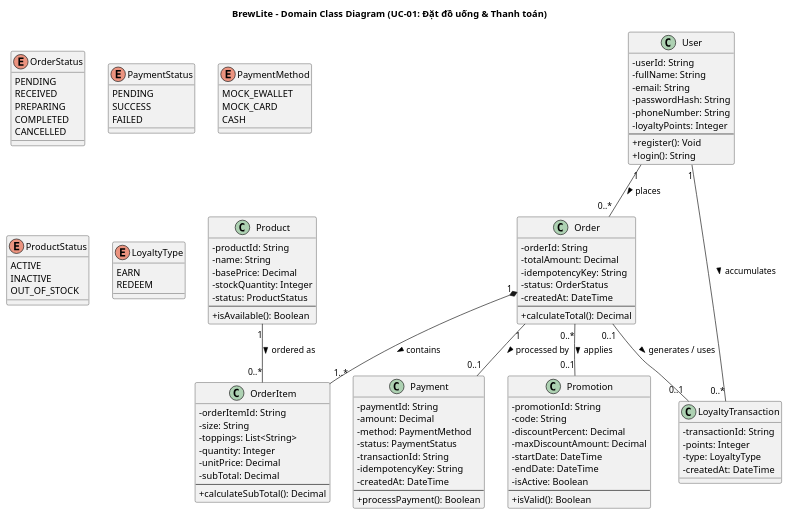
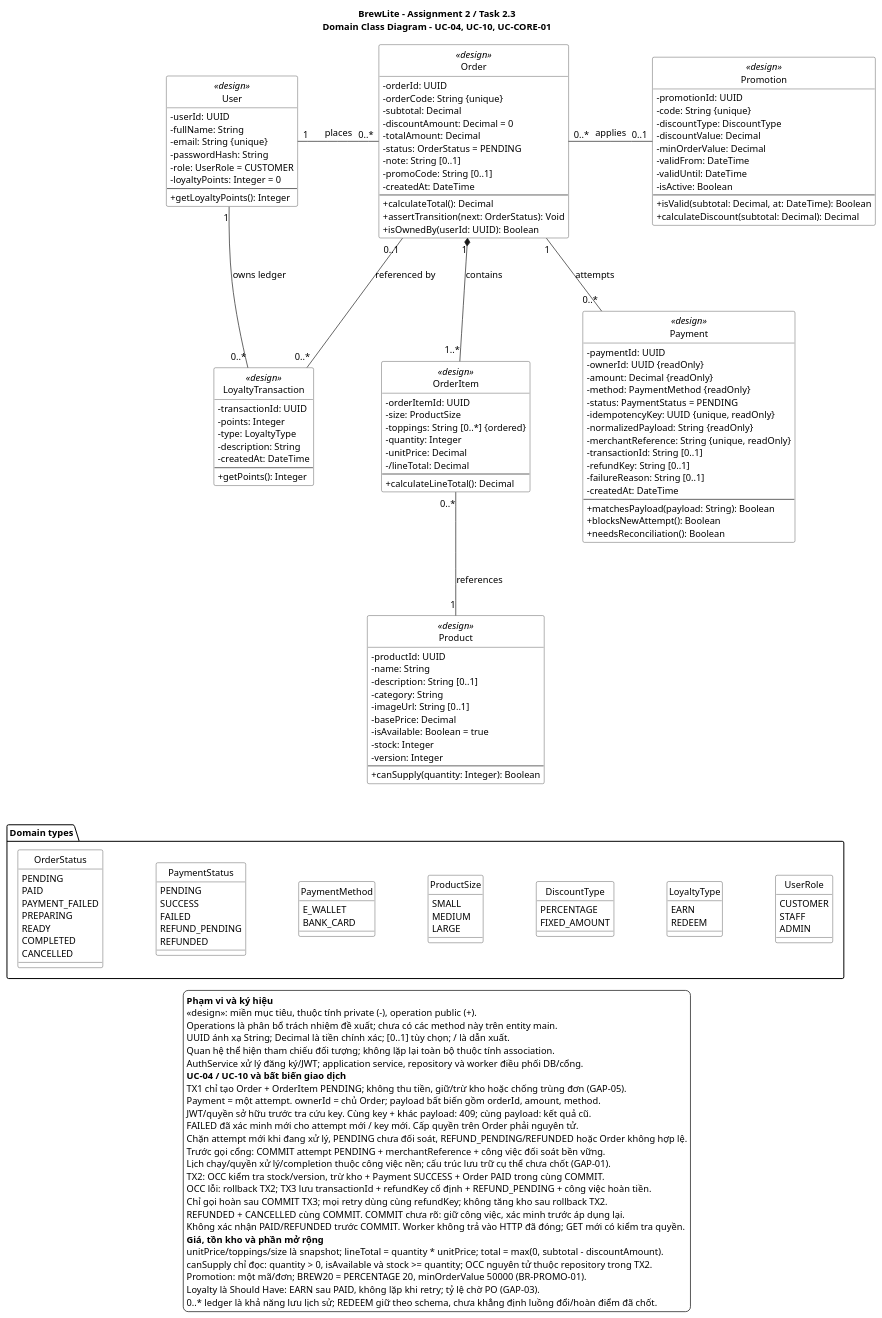
One commit to vohuunghiaah/brewlite changed the diagram in docs/diagram/ClassDiagram.puml. Above: the diagram before and after it, drawn with PlantUML. The commit also changed 1 other file, not shown here.

Commit message:
docs: align Task 2.3 domain classes with order and payment design

```diff
--- a/docs/diagram/ClassDiagram.puml
+++ b/docs/diagram/ClassDiagram.puml
@@ -1,126 +1,208 @@
 @startuml
-title BrewLite - Domain Class Diagram (UC-01: Đặt đồ uống & Thanh toán)
+' Assignment 2 Task 2.3. Domain target, not an ORM implementation diagram.
+' Sources: SRS 1.4.0 FR-01..12, BR-PROMO-01, GAP-01..05;
+' use-case-place-order.md 2.2..2.4, BR-REFUND-OCC, 4.1;
+' use-cases.md 3.1, 4.1; accepted Activity/Sequence UC-04, UC-10, Unified.
+' Data reference: feature/sprint2-full-flow @ 588e3362, prisma/schema.prisma.
+' Main @ eeb51b13 has partial Product/Order/OrderItem with public fields.
+' All methods are PROPOSED allocations of specified behavior, not existing signatures.
+title BrewLite - Assignment 2 / Task 2.3\nDomain Class Diagram - UC-04, UC-10, UC-CORE-01
+skinparam defaultFontName Arial
+skinparam defaultFontSize 14
+skinparam classAttributeIconSize 0
+skinparam backgroundColor white
+skinparam monochrome true
+skinparam shadowing false
+skinparam classBackgroundColor white
+skinparam packageBackgroundColor white
+skinparam noteBackgroundColor white
+skinparam nodesep 80
+skinparam ranksep 90
+hide circle
+top to bottom direction
 
-skinparam classAttributeIconSize 0
-skinparam backgroundColor #FFFFFF
-skinparam Shadowing false
-
-' ================= Enumerations =================
-enum OrderStatus {
-  PENDING
-  RECEIVED
-  PREPARING
-  COMPLETED
-  CANCELLED
+class User <<design>> {
+  - userId: UUID
+  - fullName: String
+  - email: String {unique}
+  - passwordHash: String
+  - role: UserRole = CUSTOMER
+  - loyaltyPoints: Integer = 0
+  --
+  + getLoyaltyPoints(): Integer
 }
-
-enum PaymentStatus {
-  PENDING
-  SUCCESS
-  FAILED
-}
-
-enum PaymentMethod {
-  MOCK_EWALLET
-  MOCK_CARD
-  CASH
-}
-
-enum ProductStatus {
-  ACTIVE
-  INACTIVE
-  OUT_OF_STOCK
-}
-
-enum LoyaltyType {
-  EARN
-  REDEEM
-}
-
-' ================= Domain Classes =================
-class User {
-  - userId: String
-  - fullName: String
-  - email: String
-  - passwordHash: String
-  - phoneNumber: String
-  - loyaltyPoints: Integer
-  --
-  + register(): Void
-  + login(): String
-}
-
-class Product {
-  - productId: String
-  - name: String
-  - basePrice: Decimal
-  - stockQuantity: Integer
-  - status: ProductStatus
-  --
-  + isAvailable(): Boolean
-}
-
-class Order {
-  - orderId: String
+class Order <<design>> {
+  - orderId: UUID
+  - orderCode: String {unique}
+  - subtotal: Decimal
+  - discountAmount: Decimal = 0
   - totalAmount: Decimal
-  - idempotencyKey: String
-  - status: OrderStatus
+  - status: OrderStatus = PENDING
+  - note: String [0..1]
+  - promoCode: String [0..1]
   - createdAt: DateTime
   --
   + calculateTotal(): Decimal
+  + assertTransition(next: OrderStatus): Void
+  + isOwnedBy(userId: UUID): Boolean
+}
+class OrderItem <<design>> {
+  - orderItemId: UUID
+  - size: ProductSize
+  - toppings: String [0..*] {ordered}
+  - quantity: Integer
+  - unitPrice: Decimal
+  - /lineTotal: Decimal
+  --
+  + calculateLineTotal(): Decimal
+}
+class Product <<design>> {
+  - productId: UUID
+  - name: String
+  - description: String [0..1]
+  - category: String
+  - imageUrl: String [0..1]
+  - basePrice: Decimal
+  - isAvailable: Boolean = true
+  - stock: Integer
+  - version: Integer
+  --
+  + canSupply(quantity: Integer): Boolean
+}
+class Payment <<design>> {
+  - paymentId: UUID
+  - ownerId: UUID {readOnly}
+  - amount: Decimal {readOnly}
+  - method: PaymentMethod {readOnly}
+  - status: PaymentStatus = PENDING
+  - idempotencyKey: UUID {unique, readOnly}
+  - normalizedPayload: String {readOnly}
+  - merchantReference: String {unique, readOnly}
+  - transactionId: String [0..1]
+  - refundKey: String [0..1]
+  - failureReason: String [0..1]
+  - createdAt: DateTime
+  --
+  + matchesPayload(payload: String): Boolean
+  + blocksNewAttempt(): Boolean
+  + needsReconciliation(): Boolean
+}
+class Promotion <<design>> {
+  - promotionId: UUID
+  - code: String {unique}
+  - discountType: DiscountType
+  - discountValue: Decimal
+  - minOrderValue: Decimal
+  - validFrom: DateTime
+  - validUntil: DateTime
+  - isActive: Boolean
+  --
+  + isValid(subtotal: Decimal, at: DateTime): Boolean
+  + calculateDiscount(subtotal: Decimal): Decimal
+}
+class LoyaltyTransaction <<design>> {
+  - transactionId: UUID
+  - points: Integer
+  - type: LoyaltyType
+  - description: String
+  - createdAt: DateTime
+  --
+  + getPoints(): Integer
 }
 
-class OrderItem {
-  - orderItemId: String
-  - size: String
-  - toppings: List<String>
-  - quantity: Integer
-  - unitPrice: Decimal
-  - subTotal: Decimal
-  --
-  + calculateSubTotal(): Decimal
+' Domain links, not declarations of new database foreign keys.
+' Authenticated UC-04 requires one owner; no guest Order in target.
+User "1" -right- "0..*" Order : places
+Order "1" *-down- "1..*" OrderItem : contains
+OrderItem "0..*" -down- "1" Product : references
+' Failed attempts retained; a confirmed-new attempt has a new key.
+Order "1" -down- "0..*" Payment : attempts
+' One promoCode in the contract; no stacking.
+Order "0..*" -right- "0..1" Promotion : applies
+User "1" -down- "0..*" LoyaltyTransaction : owns ledger
+' Optional orderId + array in Prisma; does not prescribe reward frequency.
+Order "0..1" -down- "0..*" LoyaltyTransaction : referenced by
+
+
+' Hidden edges only control layout.
+LoyaltyTransaction -[hidden]right-> OrderItem
+OrderItem -[hidden]right-> Payment
+
+package "Domain types" {
+  enum OrderStatus {
+    PENDING
+    PAID
+    PAYMENT_FAILED
+    PREPARING
+    READY
+    COMPLETED
+    CANCELLED
+  }
+  enum PaymentStatus {
+    PENDING
+    SUCCESS
+    FAILED
+    REFUND_PENDING
+    REFUNDED
+  }
+  enum PaymentMethod {
+    E_WALLET
+    BANK_CARD
+  }
+  enum ProductSize {
+    SMALL
+    MEDIUM
+    LARGE
+  }
+  enum DiscountType {
+    PERCENTAGE
+    FIXED_AMOUNT
+  }
+  enum LoyaltyType {
+    EARN
+    REDEEM
+  }
+  enum UserRole {
+    CUSTOMER
+    STAFF
+    ADMIN
+  }
+  OrderStatus -[hidden]right-> PaymentStatus
+  PaymentStatus -[hidden]right-> PaymentMethod
+  PaymentMethod -[hidden]right-> ProductSize
+  ProductSize -[hidden]right-> DiscountType
+  DiscountType -[hidden]right-> LoyaltyType
+  LoyaltyType -[hidden]right-> UserRole
 }
+LoyaltyTransaction -[hidden]down-> OrderStatus
+Product -[hidden]down-> ProductSize
+Payment -[hidden]down-> UserRole
 
-class Payment {
-  - paymentId: String
-  - amount: Decimal
-  - method: PaymentMethod
-  - status: PaymentStatus
-  - transactionId: String
-  - idempotencyKey: String
-  - createdAt: DateTime
-  --
-  + processPayment(): Boolean
-}
-
-class Promotion {
-  - promotionId: String
-  - code: String
-  - discountPercent: Decimal
-  - maxDiscountAmount: Decimal
-  - startDate: DateTime
-  - endDate: DateTime
-  - isActive: Boolean
-  --
-  + isValid(): Boolean
-}
-
-class LoyaltyTransaction {
-  - transactionId: String
-  - points: Integer
-  - type: LoyaltyType
-  - createdAt: DateTime
-}
-
-' ================= Relationships & Multiplicities =================
-User "1" -- "0..*" Order : places >
-User "1" -- "0..*" LoyaltyTransaction : accumulates >
-
-Order "1" *-- "1..*" OrderItem : contains >
-Order "1" -- "0..1" Payment : processed by >
-Order "0..*" -- "0..1" Promotion : applies >
-
-Product "1" -- "0..*" OrderItem : ordered as >
-Order "0..1" -- "0..1" LoyaltyTransaction : generates / uses >
-
+legend bottom
+  **Phạm vi và ký hiệu**
+  <<design>>: miền mục tiêu, thuộc tính private (-), operation public (+).
+  Operations là phân bổ trách nhiệm đề xuất; chưa có các method này trên entity main.
+  UUID ánh xạ String; Decimal là tiền chính xác; [0..1] tùy chọn; / là dẫn xuất.
+  Quan hệ thể hiện tham chiếu đối tượng; không lặp lại toàn bộ thuộc tính association.
+  AuthService xử lý đăng ký/JWT; application service, repository và worker điều phối DB/cổng.
+  **UC-04 / UC-10 và bất biến giao dịch**
+  TX1 chỉ tạo Order + OrderItem PENDING; không thu tiền, giữ/trừ kho hoặc chống trùng đơn (GAP-05).
+  Payment = một attempt. ownerId = chủ Order; payload bất biến gồm orderId, amount, method.
+  JWT/quyền sở hữu trước tra cứu key. Cùng key + khác payload: 409; cùng payload: kết quả cũ.
+  FAILED đã xác minh mới cho attempt mới / key mới. Cấp quyền trên Order phải nguyên tử.
+  Chặn attempt mới khi đang xử lý, PENDING chưa đối soát, REFUND_PENDING/REFUNDED hoặc Order không hợp lệ.
+  Trước gọi cổng: COMMIT attempt PENDING + merchantReference + công việc đối soát bền vững.
+  Lịch chạy/quyền xử lý/completion thuộc công việc nền; cấu trúc lưu trữ cụ thể chưa chốt (GAP-01).
+  TX2: OCC kiểm tra stock/version, trừ kho + Payment SUCCESS + Order PAID trong cùng COMMIT.
+  OCC lỗi: rollback TX2; TX3 lưu transactionId + refundKey cố định + REFUND_PENDING + công việc hoàn tiền.
+  Chỉ gọi hoàn sau COMMIT TX3; mọi retry dùng cùng refundKey; không tăng kho sau rollback TX2.
+  REFUNDED + CANCELLED cùng COMMIT. COMMIT chưa rõ: giữ công việc, xác minh trước áp dụng lại.
+  Không xác nhận PAID/REFUNDED trước COMMIT. Worker không trả vào HTTP đã đóng; GET mới có kiểm tra quyền.
+  **Giá, tồn kho và phần mở rộng**
+  unitPrice/toppings/size là snapshot; lineTotal = quantity * unitPrice; total = max(0, subtotal - discountAmount).
+  canSupply chỉ đọc: quantity > 0, isAvailable và stock >= quantity; OCC nguyên tử thuộc repository trong TX2.
+  Promotion: một mã/đơn; BREW20 = PERCENTAGE 20, minOrderValue 50000 (BR-PROMO-01).
+  Loyalty là Should Have: EARN sau PAID, không lặp khi retry; tỷ lệ chờ PO (GAP-03).
+  0..* ledger là khả năng lưu lịch sử; REDEEM giữ theo schema, chưa khẳng định luồng đổi/hoàn điểm đã chốt.
+endlegend
 @enduml
```
